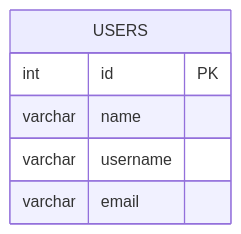
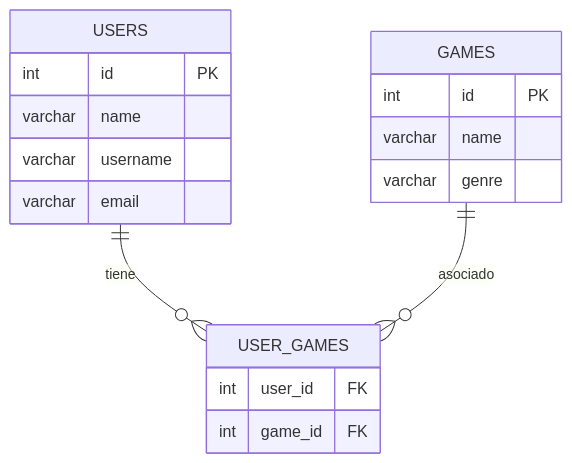
Before and after one commit to BerthaGarrastacho/Modulo2MasterTarea1: the second of 2 diagrams in docs/readme.md, drawn with Mermaid. The commit also changed other lines of this file, not shown here.

Commit message:
Update README.md to reflect project scope and functionality for user and game management

````diff
--- a/docs/readme.md
+++ b/docs/readme.md
@@ -297,9 +339,20 @@
 ```mermaid
 erDiagram
     USERS {
         int id PK
         varchar name
         varchar username
         varchar email
     }
+    GAMES {
+        int id PK
+        varchar name
+        varchar genre
+    }
+    USER_GAMES {
+        int user_id FK
+        int game_id FK
+    }
+    USERS ||--o{ USER_GAMES : tiene
+    GAMES ||--o{ USER_GAMES : asociado
 ```
````
